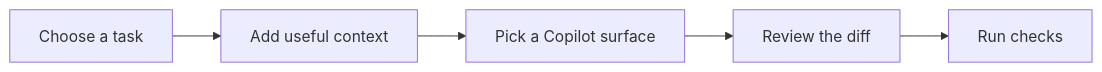
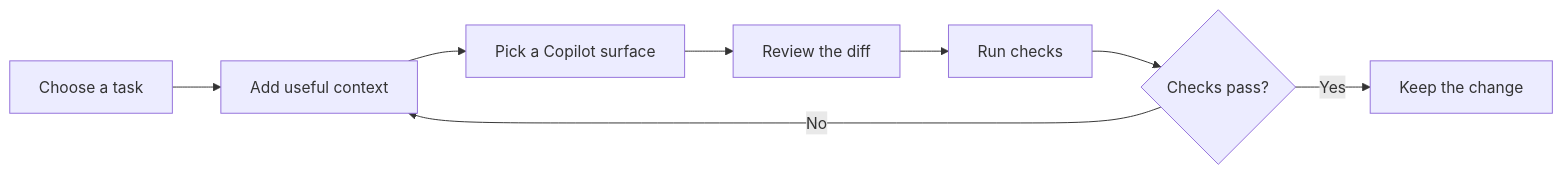
One commit to ranjiGT/copilot-academy changed the diagram in README.md. Above: the diagram before and after it, drawn with Mermaid. The commit also changed other lines of this file, not shown here.

````diff
--- a/README.md
+++ b/README.md
@@ -31,7 +35,10 @@
 ```mermaid
 flowchart LR
     A[Choose a task] --> B[Add useful context]
     B --> C[Pick a Copilot surface]
     C --> D[Review the diff]
     D --> E[Run checks]
+    E --> F{Checks pass?}
+    F -- Yes --> G[Keep the change]
+    F -- No --> B
 ```
````
